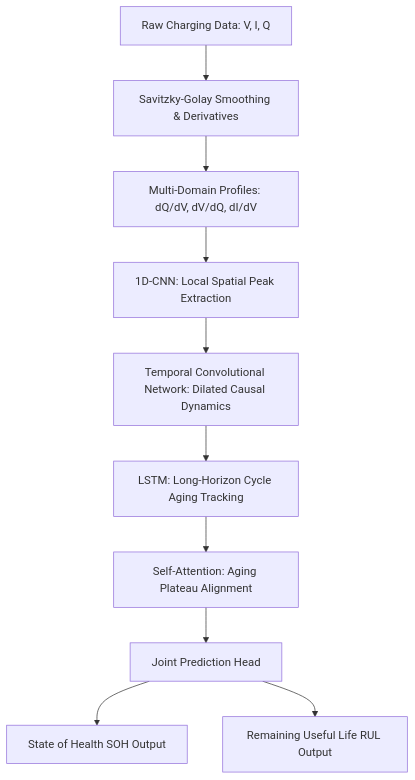
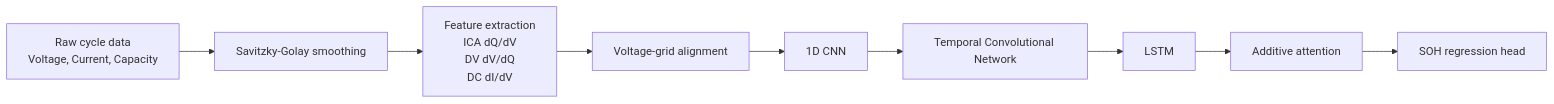
One commit to VamshiKrishnaBandari07/MSc-CAPSTONE-PROJECT-SOH-RUL-PREDICTION-- changed the first of 2 diagrams in README.md. Above: the diagram before and after it, drawn with Mermaid. The commit also changed other lines of this file and 3 other files, not shown here.

````diff
--- a/README.md
+++ b/README.md
@@ -17,12 +82,11 @@
 ```mermaid
-graph TD
-    Raw[Raw Charging Data: V, I, Q] --> Pre[Savitzky-Golay Smoothing & Derivatives]
-    Pre --> Features[Multi-Domain Profiles: dQ/dV, dV/dQ, dI/dV]
-    Features --> CNN[1D-CNN: Local Spatial Peak Extraction]
-    CNN --> TCN[Temporal Convolutional Network: Dilated Causal Dynamics]
-    TCN --> LSTM[LSTM: Long-Horizon Cycle Aging Tracking]
-    LSTM --> Attn[Self-Attention: Aging Plateau Alignment]
-    Attn --> JointHead[Joint Prediction Head]
-    JointHead --> SOH[State of Health SOH Output]
-    JointHead --> RUL[Remaining Useful Life RUL Output]
+flowchart LR
+    A[Raw cycle data<br/>Voltage, Current, Capacity] --> B[Savitzky-Golay smoothing]
+    B --> C[Feature extraction<br/>ICA dQ/dV<br/>DV dV/dQ<br/>DC dI/dV]
+    C --> D[Voltage-grid alignment]
+    D --> E[1D CNN]
+    E --> F[Temporal Convolutional Network]
+    F --> G[LSTM]
+    G --> H[Additive attention]
+    H --> I[SOH regression head]
 ```
````
